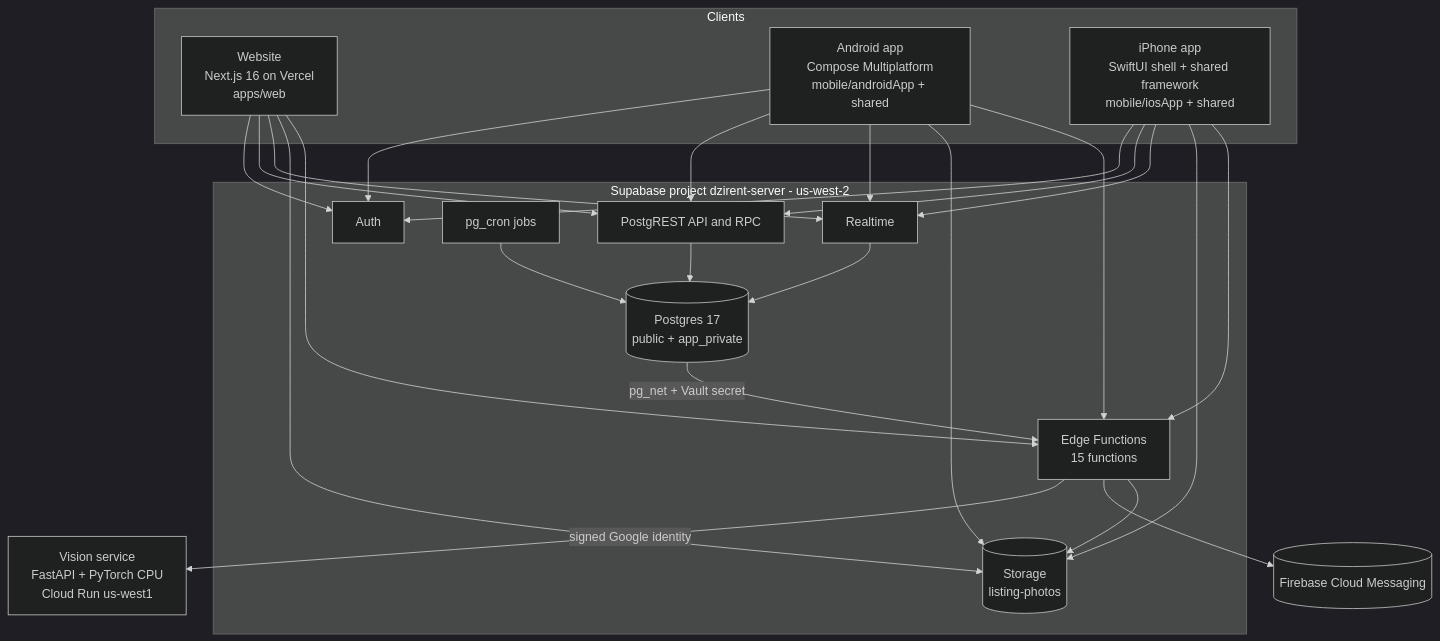
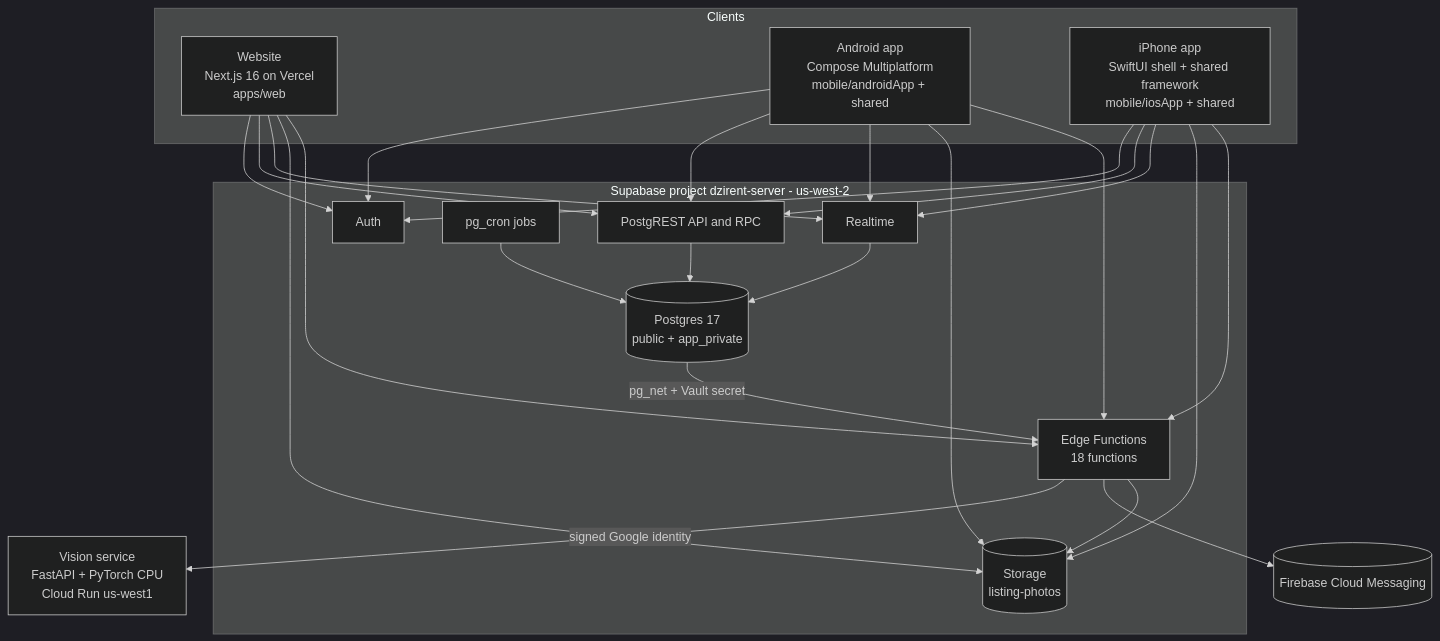
The second of 6 diagrams in pranalika/architecture.md (Vivek-k24/Dzirent), drawn with Mermaid (dark theme) before and after one commit. The commit also changed other lines of this file and 81 other files, not shown here.

````diff
--- a/pranalika/architecture.md
+++ b/pranalika/architecture.md
@@ -134,30 +134,30 @@
 ```mermaid
 flowchart TB
   subgraph Clients
     Web[Website<br/>Next.js 16 on Vercel<br/>apps/web]
     And[Android app<br/>Compose Multiplatform<br/>mobile/androidApp + shared]
     Ios[iPhone app<br/>SwiftUI shell + shared framework<br/>mobile/iosApp + shared]
   end
   subgraph Supabase[Supabase project dzirent-server - us-west-2]
     Auth[Auth]
     Rest[PostgREST API and RPC]
     RT[Realtime]
     DB[(Postgres 17<br/>public + app_private)]
     Sto[(Storage<br/>listing-photos)]
-    EF[Edge Functions<br/>15 functions]
+    EF[Edge Functions<br/>18 functions]
     Cron[pg_cron jobs]
   end
   Vision[Vision service<br/>FastAPI + PyTorch CPU<br/>Cloud Run us-west1]
   FCM[(Firebase Cloud Messaging)]
   Web --> Auth & Rest & RT & Sto
   And --> Auth & Rest & RT & Sto & EF
   Ios --> Auth & Rest & RT & Sto & EF
   Web --> EF
   Rest --> DB
   RT --> DB
   DB -->|pg_net + Vault secret| EF
   Cron --> DB
   EF -->|signed Google identity| Vision
   EF --> FCM
   EF --> Sto
 ```
````
